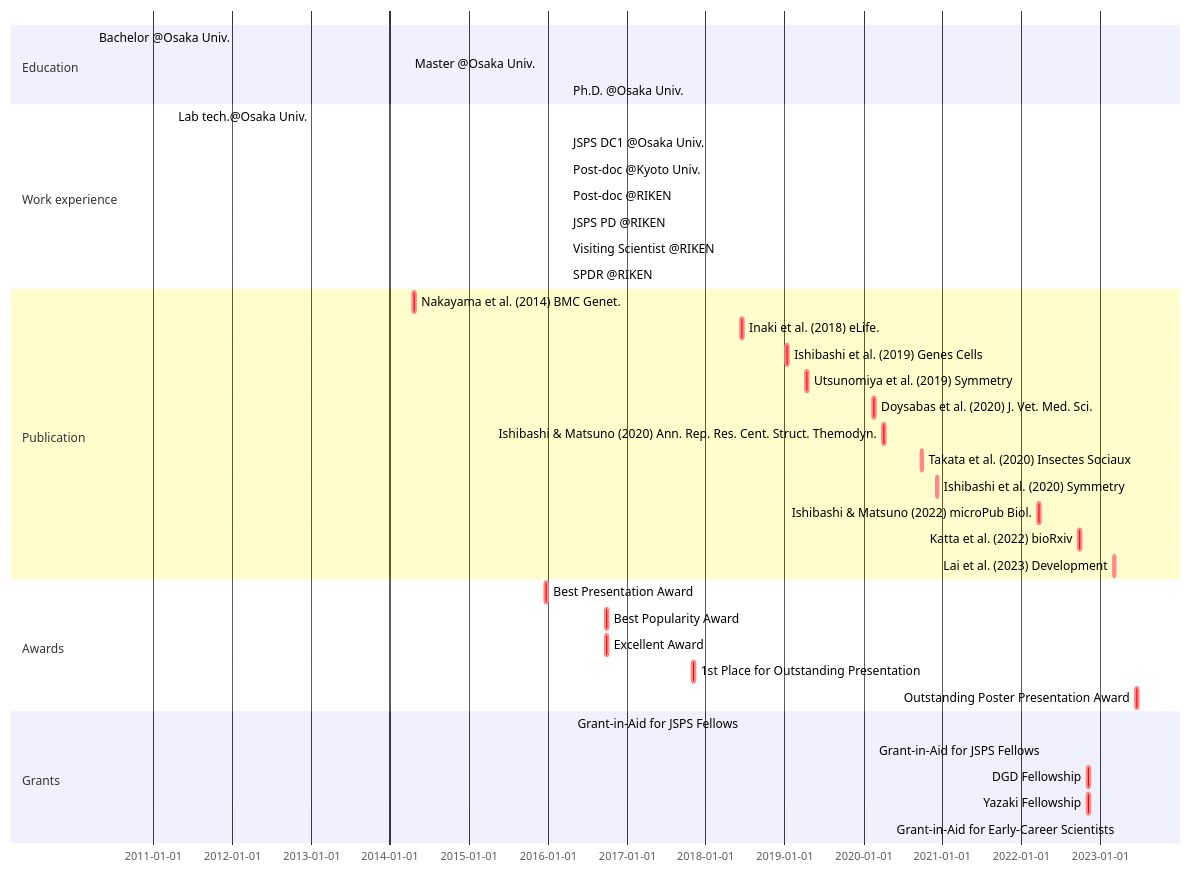
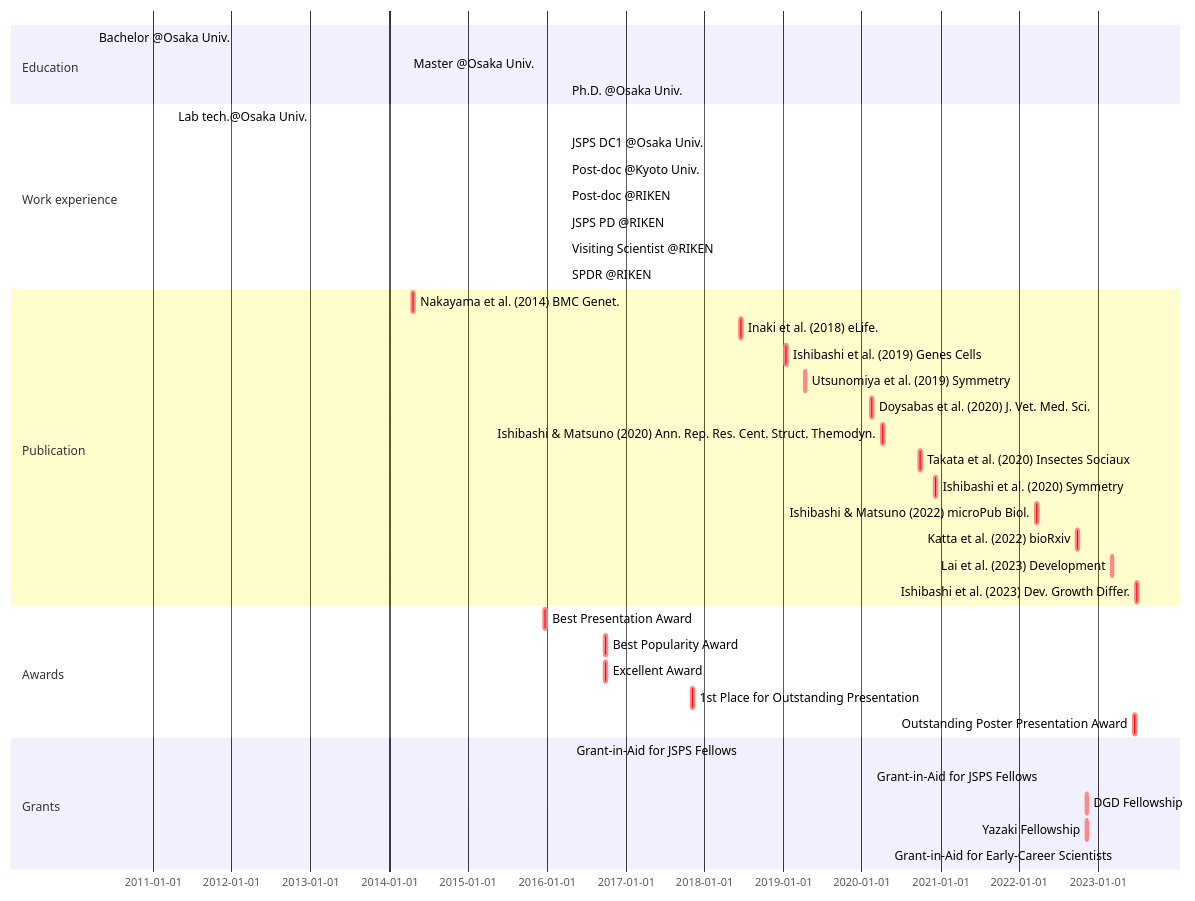
The diagram in _includes/mermaid-cv.md (ishibaki/ishibaki.github.io), drawn with Mermaid before and after one commit.

````diff
--- a/_includes/mermaid-cv.md
+++ b/_includes/mermaid-cv.md
@@ -1,39 +1,40 @@
 ```mermaid
 gantt
 section Education
   Bachelor @Osaka Univ. : BS, 2010-04-01, 2014-03-25
   Master @Osaka Univ.   : MS, 2014-04-01, 2016-03-28
   Ph.D. @Osaka Univ.    : Ph.D., 2016-04-01, 2019-03-25
 section Work experience
   Lab tech.@Osaka Univ.     : done, OU-tech, 2011-04-01, 2012-03-31
   JSPS DC1 @Osaka Univ.     : done, DC1, 2016-04-01, 2019-03-31
   Post-doc @Kyoto Univ.     : done, KU-postdoc, after DC1, 2021-04-30
   Post-doc @RIKEN           : done, RIKEN-postdoc, after KU-postdoc, 2022-03-31
   JSPS PD @RIKEN            : done, PD, after RIKEN-postdoc, 2023-03-31
   Visiting Scientist @RIKEN : done, Visit-Sci, after RIKEN-postdoc, 2023-03-31
   SPDR @RIKEN               : active, SPDR, after PD, 2026-03-31
 section Publication
-  Nakayama et al. (2014) BMC Genet.         : crit, nakayama2014, 2014-04-16, 2w
-  Inaki et al. (2018) eLife.                : crit, inaki2018, 2018-06-12, 2w
-  Ishibashi et al. (2019) Genes Cells       : crit, ishibashi2019, 2019-01-09, 2w
-  Utsunomiya et al. (2019) Symmetry         : crit, utsunomiya2019, 2019-04-08, 2w
-  Doysabas et al. (2020) J. Vet. Med. Sci.  : crit, doysabas2020, 2020-02-12, 2w
+  Nakayama et al. (2014) BMC Genet.           : crit, nakayama2014, 2014-04-16, 2w
+  Inaki et al. (2018) eLife.                  : crit, inaki2018, 2018-06-12, 2w
+  Ishibashi et al. (2019) Genes Cells         : crit, ishibashi2019, 2019-01-09, 2w
+  Utsunomiya et al. (2019) Symmetry           : crit, utsunomiya2019, 2019-04-08, 2w
+  Doysabas et al. (2020) J. Vet. Med. Sci.    : crit, doysabas2020, 2020-02-12, 2w
   Ishibashi & Matsuno (2020) Ann. Rep. Res. Cent. Struct. Themodyn. : crit, ishibashi2020a, 2020-04-01, 2w
-  Takata et al. (2020) Insectes Sociaux     : crit, takata2020, 2020-09-22, 2w
-  Ishibashi et al. (2020) Symmetry          : crit, ishibashi2020b, 2020-12-02, 2w
-  Ishibashi & Matsuno (2022) microPub Biol. : crit, ishibashi2022, 2022-03-18, 2w
-  Katta et al. (2022) bioRxiv               : crit, Katta2022, 2022-09-22, 2w
-  Lai et al. (2023) Development             : crit, Lai2023, 2023-03-02, 2w
+  Takata et al. (2020) Insectes Sociaux       : crit, takata2020, 2020-09-22, 2w
+  Ishibashi et al. (2020) Symmetry            : crit, ishibashi2020b, 2020-12-02, 2w
+  Ishibashi & Matsuno (2022) microPub Biol.   : crit, ishibashi2022, 2022-03-18, 2w
+  Katta et al. (2022) bioRxiv                 : crit, katta2022, 2022-09-22, 2w
+  Lai et al. (2023) Development               : crit, lai2023, 2023-03-02, 2w
+  Ishibashi et al. (2023) Dev. Growth Differ. : crit, ishibashi2023, 2023-06-25, 2w 
 section Awards
   Best Presentation Award                  : crit, aw_1, 2015-12-20, 2w
   Best Popularity Award                    : crit, aw_2, 2016-09-25, 2w
   Excellent Award                          : crit, aw_3, 2016-09-25, 2w
   1st Place for Outstanding Presentation   : crit, aw_4, 2017-11-01, 2w
   Outstanding Poster Presentation Award    : crit, aw_5, 2023-06-15, 2w
 section Grants
   Grant-in-Aid for JSPS Fellows : done, grant_DC1, 2016-04-22, 2019-03-31
   Grant-in-Aid for JSPS Fellows : active, grant_PD, 2022-04-22, 2025-03-31
   DGD Fellowship:                 crit, dgd_fellowship, 2022-11-04, 2w
   Yazaki Fellowship:              crit, yazaki_fellowship, 2022-11-04, 2w
   Grant-in-Aid for Early-Career Scientists : active, grant_ecs2023, 2023-04-01, 2026-03-31
 ```
````
